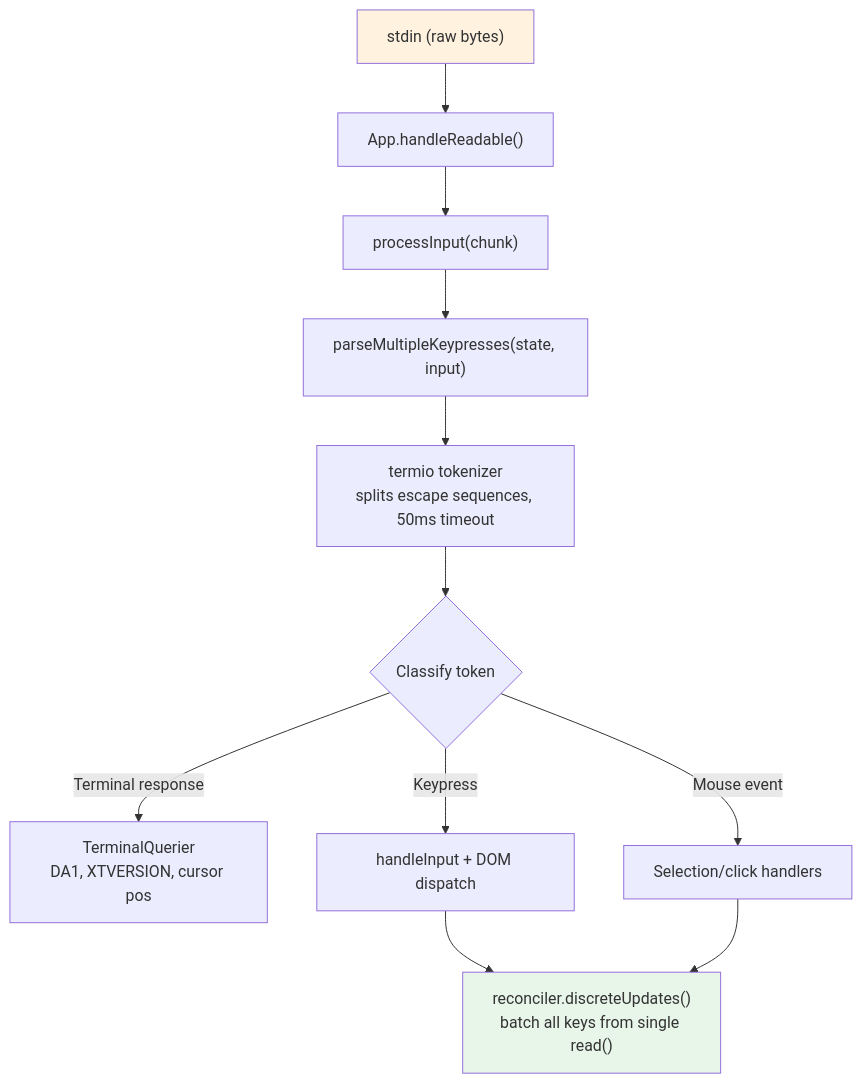
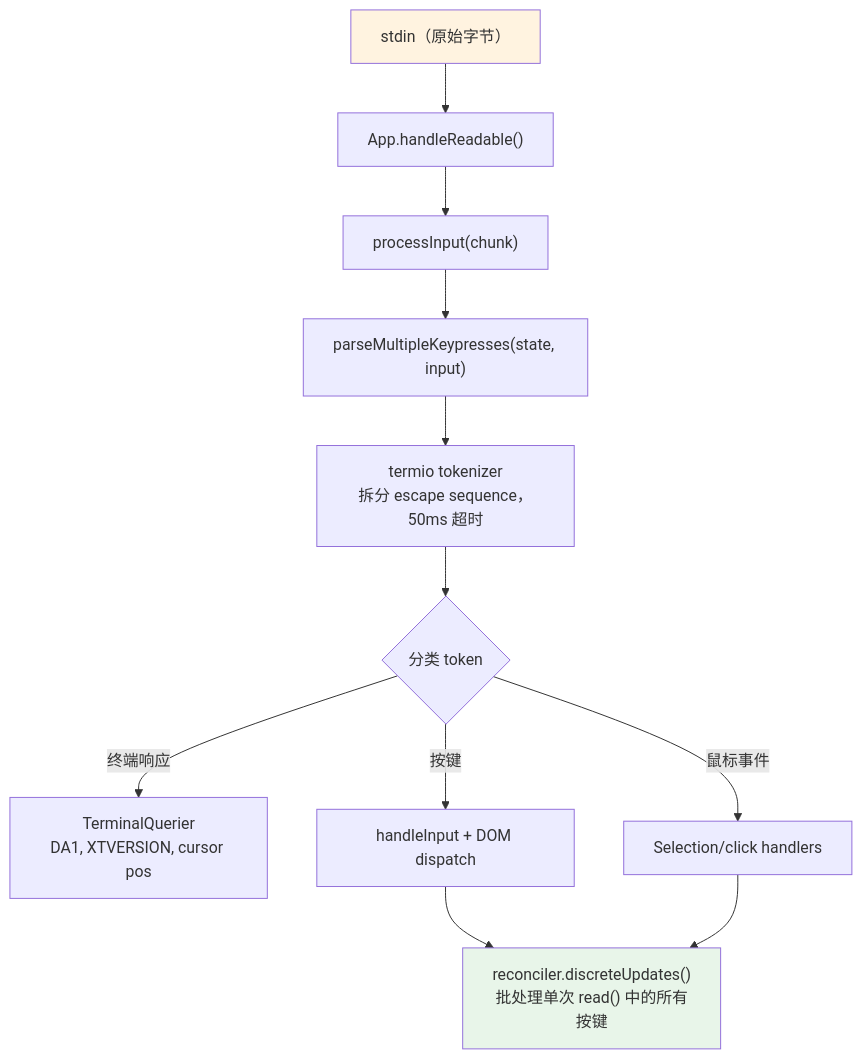
Before and after one commit to quanuanc/claude-code-from-source: the first of 2 diagrams in book-zh/ch14-input-interaction.md, drawn with Mermaid. The commit also changed other lines of this file and 1 other file, not shown here.

````diff
--- a/book-zh/ch14-input-interaction.md
+++ b/book-zh/ch14-input-interaction.md
@@ -28,18 +21,18 @@
 ```mermaid
 flowchart TD
-    STDIN["stdin (raw bytes)"] --> READ["App.handleReadable()"]
+    STDIN["stdin（原始字节）"] --> READ["App.handleReadable()"]
     READ --> PROC["processInput(chunk)"]
     PROC --> PARSE["parseMultipleKeypresses(state, input)"]
-    PARSE --> TOK["termio tokenizer<br/>splits escape sequences, 50ms timeout"]
+    PARSE --> TOK["termio tokenizer<br/>拆分 escape sequence，50ms 超时"]
 
-    TOK --> CLS{Classify token}
-    CLS -->|Terminal response| TQ[TerminalQuerier<br/>DA1, XTVERSION, cursor pos]
-    CLS -->|Mouse event| SEL[Selection/click handlers]
-    CLS -->|Keypress| KBD[handleInput + DOM dispatch]
+    TOK --> CLS{分类 token}
+    CLS -->|终端响应| TQ[TerminalQuerier<br/>DA1, XTVERSION, cursor pos]
+    CLS -->|鼠标事件| SEL[Selection/click handlers]
+    CLS -->|按键| KBD[handleInput + DOM dispatch]
 
-    KBD --> BATCH["reconciler.discreteUpdates()<br/>batch all keys from single read()"]
+    KBD --> BATCH["reconciler.discreteUpdates()<br/>批处理单次 read() 中的所有按键"]
     SEL --> BATCH
 
     style STDIN fill:#fff3e0
     style BATCH fill:#e8f5e9
 ```
````
